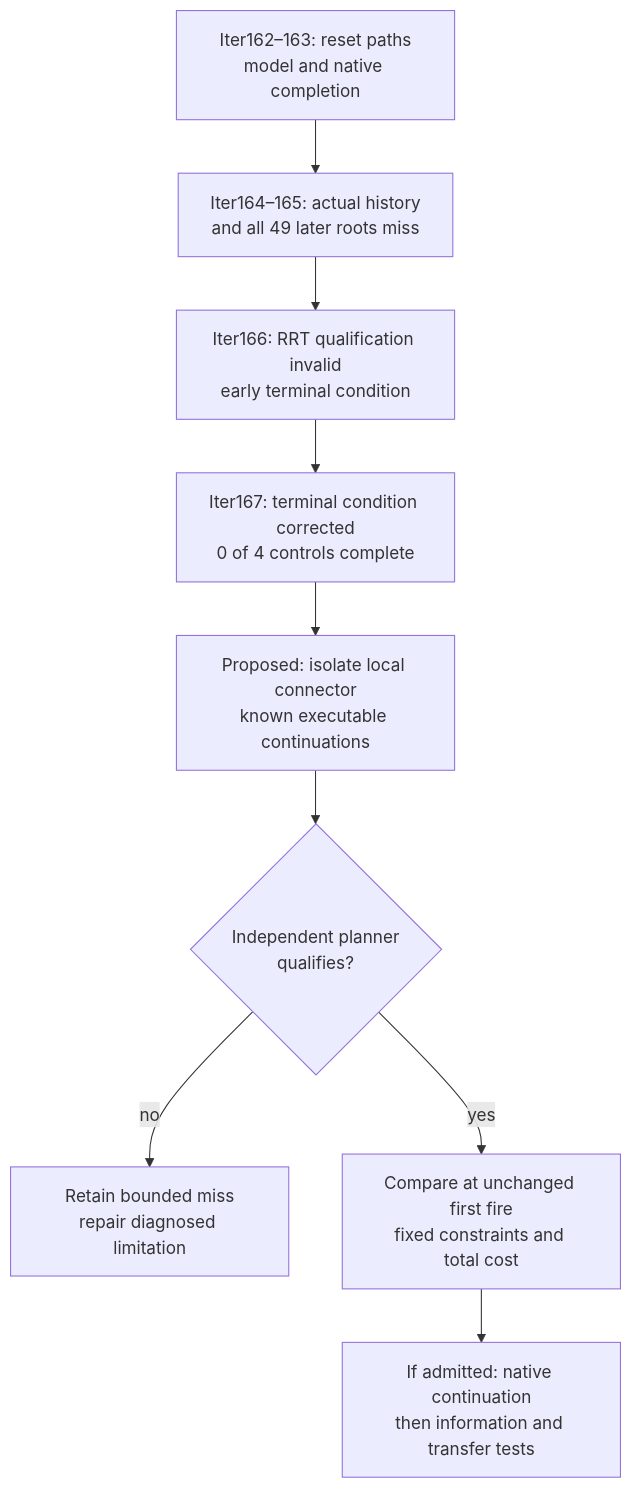
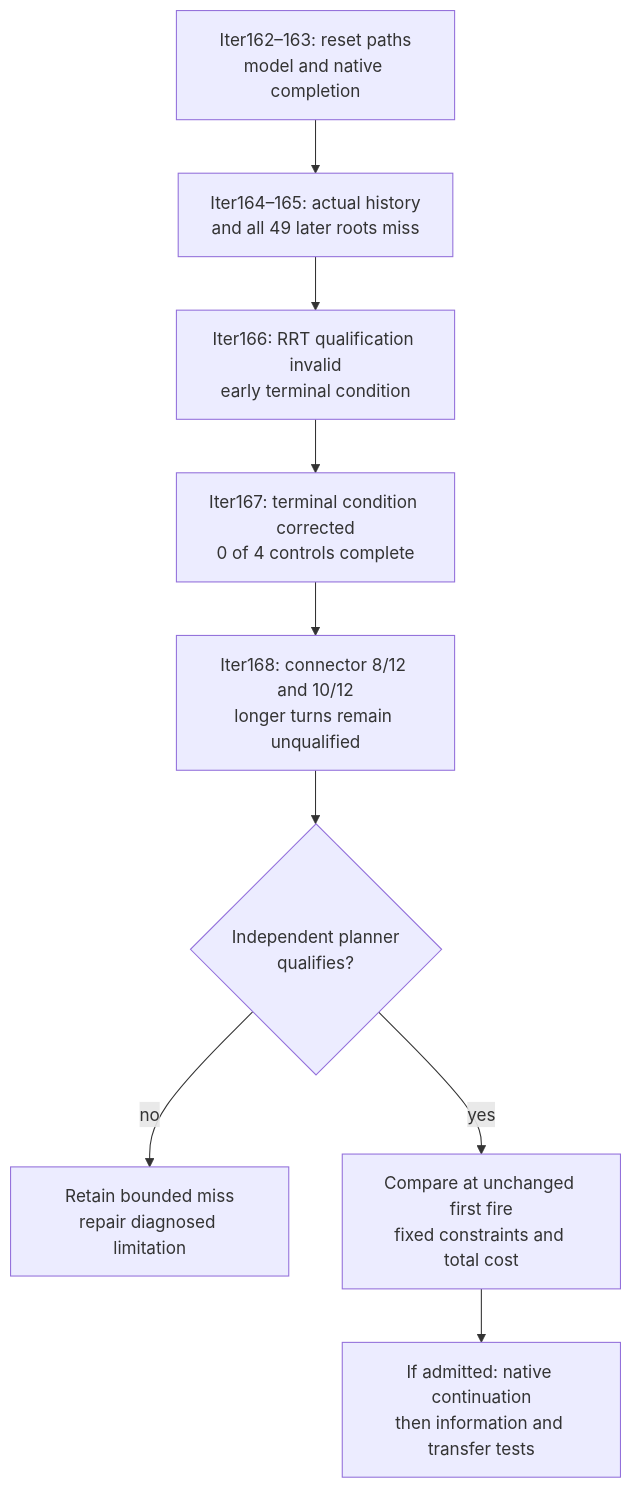
Before and after one commit to manfromnowhere143/sentinel: the third of 3 diagrams in README.md, drawn with Mermaid. The commit also changed other lines of this file and 16 other files, not shown here.

````diff
--- a/README.md
+++ b/README.md
@@ -666,13 +692,13 @@
 ```mermaid
 flowchart TB
   accTitle: Separate search competence from intervention timing
   accDescr: Finite source misses and failed adapter qualification do not prove unrecoverability.
   S["Iter162–163: reset paths<br/>model and native completion"] --> B["Iter164–165: actual history<br/>and all 49 later roots miss"]
   B --> Q["Iter166: RRT qualification invalid<br/>early terminal condition"]
   Q --> C["Iter167: terminal condition corrected<br/>0 of 4 controls complete"]
-  C --> D["Proposed: isolate local connector<br/>known executable continuations"]
+  C --> D["Iter168: connector 8/12 and 10/12<br/>longer turns remain unqualified"]
   D --> A{"Independent planner<br/>qualifies?"}
   A -- "no" --> N["Retain bounded miss<br/>repair diagnosed limitation"]
   A -- "yes" --> R["Compare at unchanged first fire<br/>fixed constraints and total cost"]
   R --> W["If admitted: native continuation<br/>then information and transfer tests"]
 ```
````
